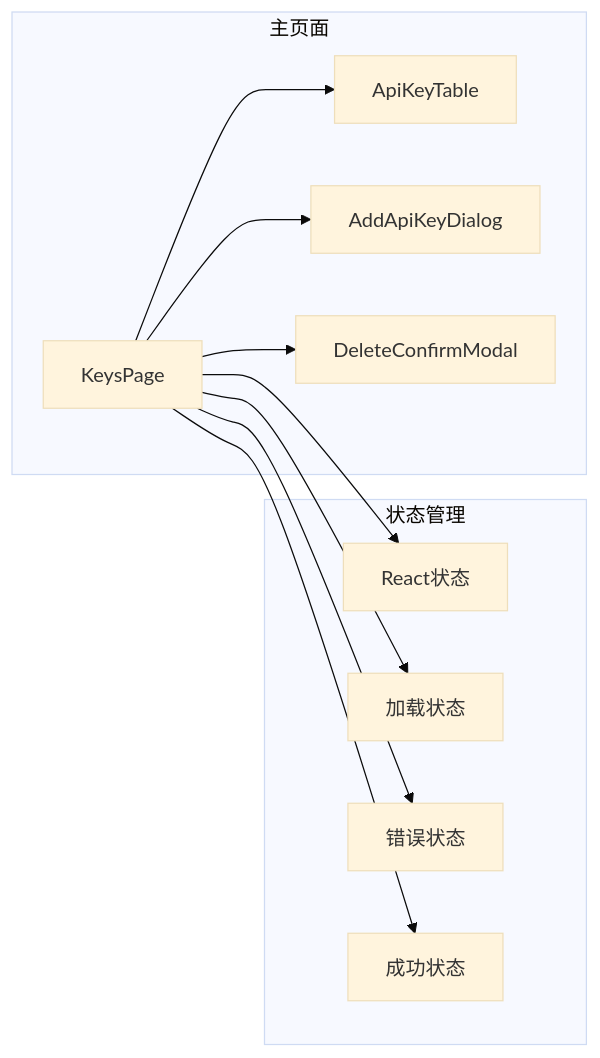
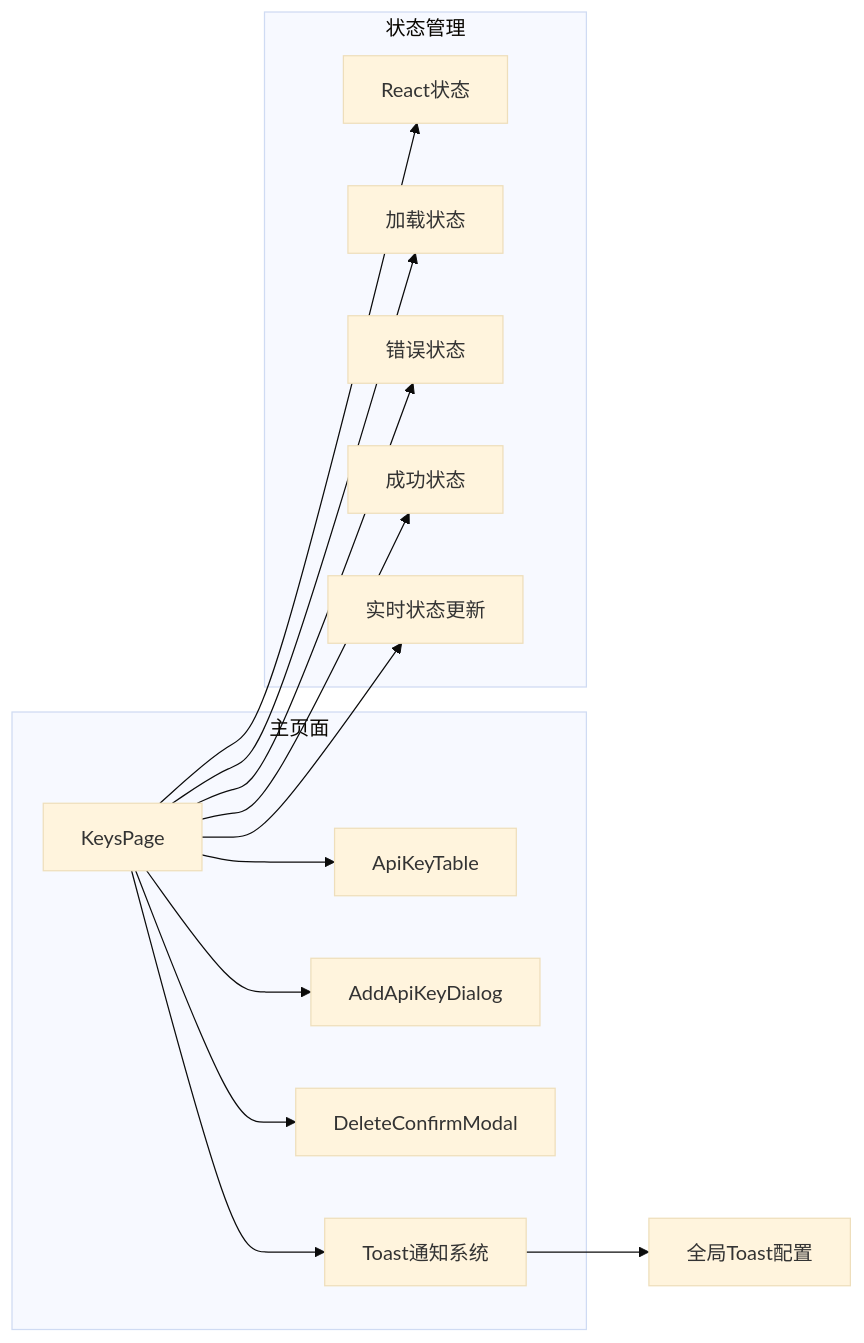
Before and after one commit to RadiumAg/AIGate: the seventh of 8 diagrams in .qoder/repowiki/zh/content/API 参考/tRPC API 接口/API Key 管理路由.md, drawn with Mermaid (base theme). The commit also changed other lines of this file and 2 other files, not shown here.

````diff
--- a/.qoder/repowiki/zh/content/API 参考/tRPC API 接口/API Key 管理路由.md
+++ b/.qoder/repowiki/zh/content/API 参考/tRPC API 接口/API Key 管理路由.md
@@ -256,22 +304,27 @@
 ```mermaid
 graph LR
 subgraph "主页面"
 KeysPage[KeysPage]
 Table[ApiKeyTable]
 Dialog[AddApiKeyDialog]
 Modal[DeleteConfirmModal]
+Toast[Toast通知系统]
 end
 subgraph "状态管理"
 State[React状态]
 Loading[加载状态]
 Error[错误状态]
 Success[成功状态]
+TRPC[实时状态更新]
 end
 KeysPage --> Table
 KeysPage --> Dialog
 KeysPage --> Modal
+KeysPage --> Toast
 KeysPage --> State
 KeysPage --> Loading
 KeysPage --> Error
 KeysPage --> Success
+KeysPage --> TRPC
+Toast --> Toaster[全局Toast配置]
 ```
````
